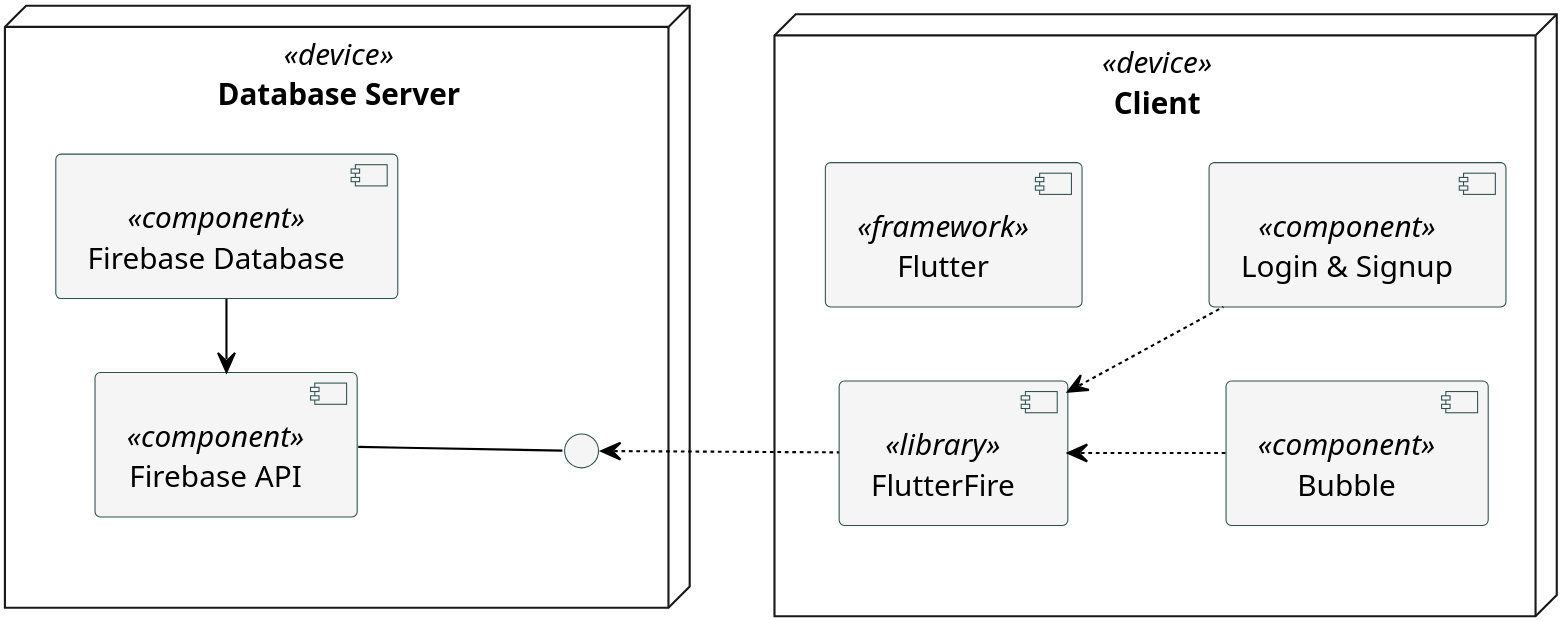
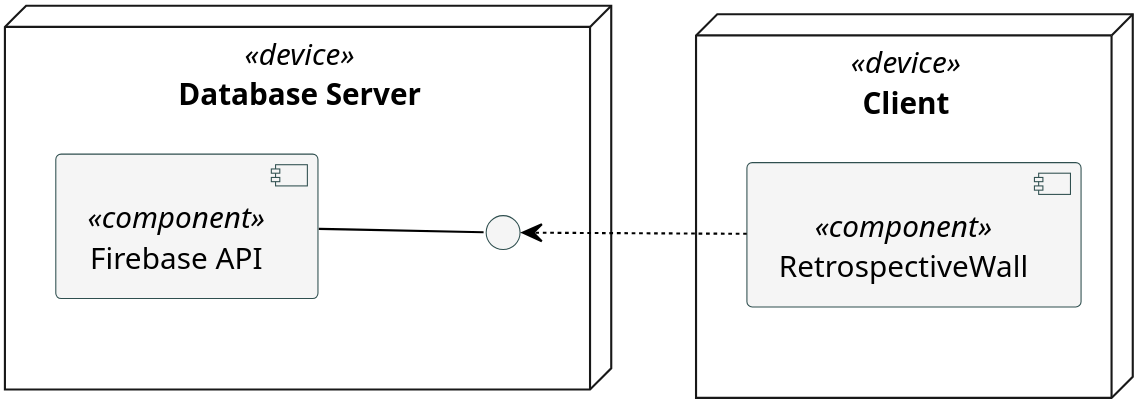
One commit to up201806330/Retrospective-Wall changed the diagram in UML/physicalArchitecture.puml. Above: the diagram before and after it, drawn with PlantUML. The commit also changed 2 other files, not shown here.

```diff
--- a/UML/physicalArchitecture.puml
+++ b/UML/physicalArchitecture.puml
@@ -1,39 +1,32 @@
 @startuml physicalArchitecture
 scale 200
 skinparam linetype polyline
 skinparam componentBackgroundColor WhiteSmoke
 skinparam componentBorderColor DarkSlateGrey
 skinparam componentFontColor Black
 
 skinparam interfaceBackgroundColor WhiteSmoke
 skinparam interfaceBorderColor DarkSlateGrey
 skinparam interfaceFontColor Black
 
 skinparam ArrowColor Black
 
 left to right direction
 
 node "Database Server" as database <<device>>{
   [Firebase API] <<component>> as firebaseApi
-  [Firebase Database] <<component>> as firebaseDb
   Interface " " as int1
 }
 
 node "Client" as client <<device>> {
-  component Flutter as app <<framework>>
-  component "Bubble" as dp <<component>>
-  component "Login & Signup" as login <<component>>
-  component "FlutterFire" as flutterfire <<library>>
+  component "RetrospectiveWall" as maincomp <<component>>
 }
 
 client -[hidden]up-> database
 
 firebaseApi -down- int1
-int1 <.down. flutterfire
+int1 <.down. maincomp
 
-firebaseApi <- firebaseDb
 
-flutterfire <.down. dp
-flutterfire <.down. login
 
 @enduml
```
